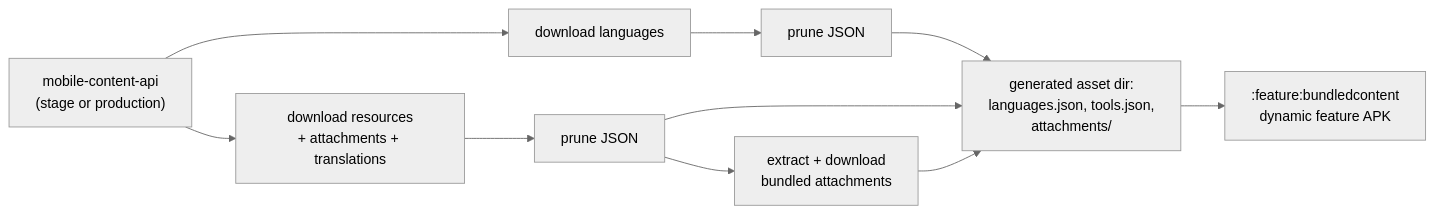
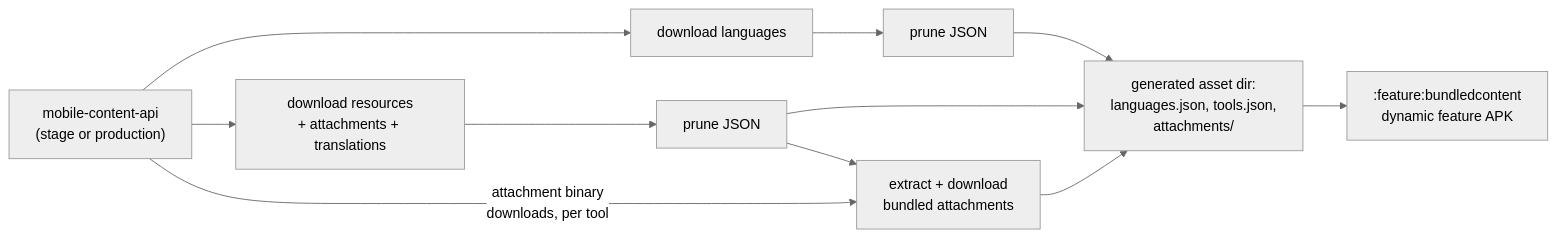
The first of 2 diagrams in wiki/Build-System-and-CI.md (CruGlobal/godtools-android), drawn with Mermaid (neutral theme) before and after one commit. The commit also changed 11 other files, not shown here.

````diff
--- a/wiki/Build-System-and-CI.md
+++ b/wiki/Build-System-and-CI.md
@@ -146,12 +146,13 @@
 ```mermaid
 flowchart LR
     api["mobile-content-api<br/>(stage or production)"] --> dlLang["download languages"]
     api --> dlTools["download resources<br/>+ attachments + translations"]
     dlLang --> pruneLang["prune JSON"]
     dlTools --> pruneTools["prune JSON"]
     pruneTools --> extract["extract + download<br/>bundled attachments"]
+    api -->|"attachment binary<br/>downloads, per tool"| extract
     pruneLang --> assets["generated asset dir:<br/>languages.json, tools.json,<br/>attachments/"]
     pruneTools --> assets
     extract --> assets
     assets --> feat[":feature:bundledcontent<br/>dynamic feature APK"]
 ```
````
